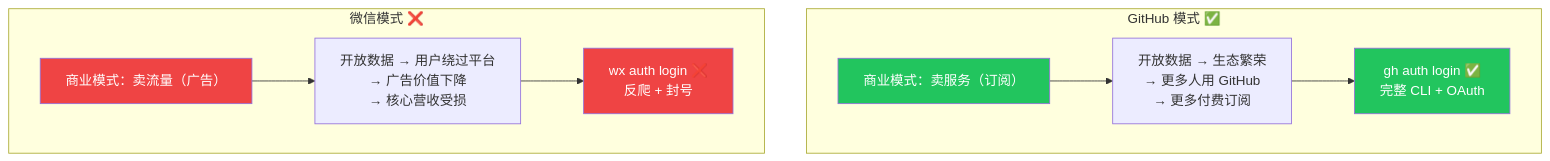
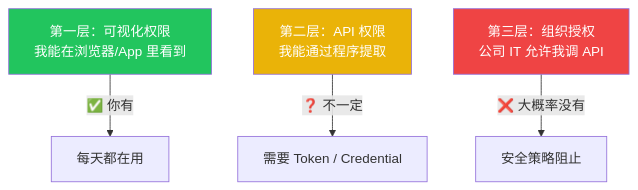
Before and after one commit to Trashwbin/quill: the third of 6 diagrams in content/zh/posts/agent-bottleneck-data-sovereignty.md, drawn with Mermaid. The commit also changed other lines of this file and 5 other files, not shown here.

````diff
--- a/content/zh/posts/agent-bottleneck-data-sovereignty.md
+++ b/content/zh/posts/agent-bottleneck-data-sovereignty.md
@@ -125,19 +89,10 @@
 ```mermaid
 graph TB
-    subgraph "GitHub 模式 ✅"
-        GH_Model["商业模式：卖服务（订阅）"]
-        GH_Model --> GH_Logic["开放数据 → 生态繁荣<br/>→ 更多人用 GitHub<br/>→ 更多付费订阅"]
-        GH_Logic --> GH_Result["gh auth login ✅<br/>完整 CLI + OAuth"]
-    end
+    L1["第一层：可视化权限<br/>我能在浏览器/App 里看到"] -->|"✅ 你有"| OK1["每天都在用"]
+    L2["第二层：API 权限<br/>我能通过程序提取"] -->|"❓ 不一定"| Maybe["需要 Token / Credential"]
+    L3["第三层：组织授权<br/>公司 IT 允许我调 API"] -->|"❌ 大概率没有"| Nope["安全策略阻止"]
     
-    subgraph "微信模式 ❌"
-        WX_Model["商业模式：卖流量（广告）"]
-        WX_Model --> WX_Logic["开放数据 → 用户绕过平台<br/>→ 广告价值下降<br/>→ 核心营收受损"]
-        WX_Logic --> WX_Result["wx auth login ❌<br/>反爬 + 封号"]
-    end
-    
-    style GH_Model fill:#22c55e,color:#fff
-    style WX_Model fill:#ef4444,color:#fff
-    style GH_Result fill:#22c55e,color:#fff
-    style WX_Result fill:#ef4444,color:#fff
+    style L1 fill:#22c55e,color:#fff
+    style L2 fill:#eab308,color:#fff
+    style L3 fill:#ef4444,color:#fff
 ```
````
